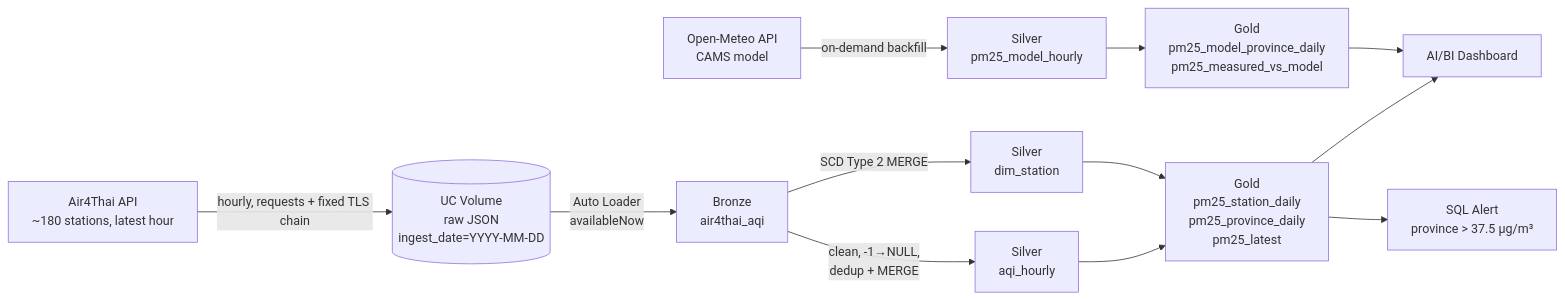
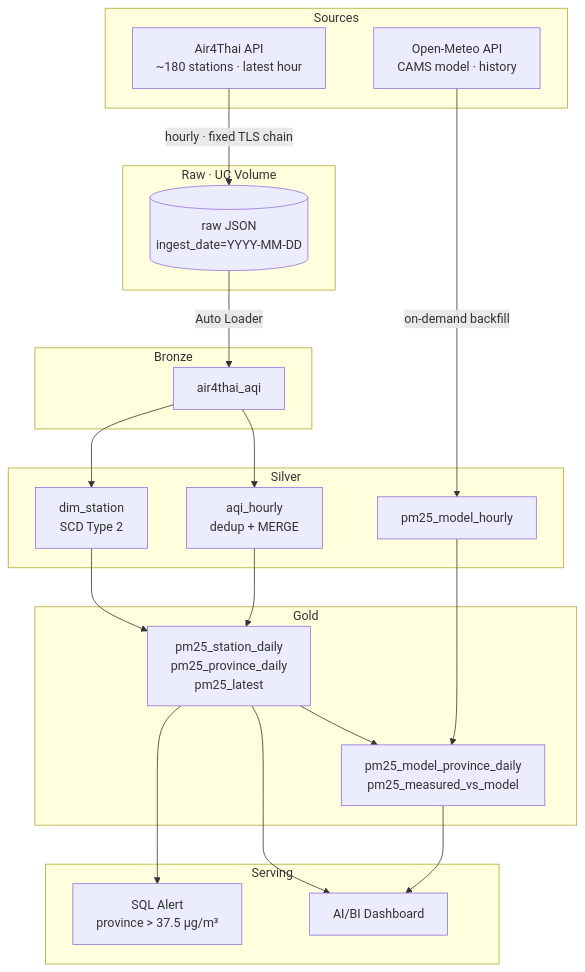
Before and after one commit to stampnapat/thai-air-quality-lakehouse: the diagram in README.md, drawn with Mermaid. The commit also changed other lines of this file, not shown here.

Commit message:
README: vertical architecture diagram, hide screenshots until images are added

````diff
--- a/README.md
+++ b/README.md
@@ -15,14 +17,38 @@
 ```mermaid
-flowchart LR
-    A[Air4Thai API<br/>~180 stations, latest hour] -->|hourly, requests + fixed TLS chain| B[(UC Volume<br/>raw JSON<br/>ingest_date=YYYY-MM-DD)]
-    B -->|Auto Loader<br/>availableNow| C[Bronze<br/>air4thai_aqi]
-    C -->|clean, -1→NULL,<br/>dedup + MERGE| D[Silver<br/>aqi_hourly]
-    C -->|SCD Type 2 MERGE| E[Silver<br/>dim_station]
-    D --> F[Gold<br/>pm25_station_daily<br/>pm25_province_daily<br/>pm25_latest]
+flowchart TB
+    subgraph SRC[Sources]
+        A[Air4Thai API<br/>~180 stations · latest hour]
+        O[Open-Meteo API<br/>CAMS model · history]
+    end
+    subgraph RAW[Raw · UC Volume]
+        B[(raw JSON<br/>ingest_date=YYYY-MM-DD)]
+    end
+    subgraph BRZ[Bronze]
+        C[air4thai_aqi]
+    end
+    subgraph SLV[Silver]
+        D[aqi_hourly<br/>dedup + MERGE]
+        E[dim_station<br/>SCD Type 2]
+        M[pm25_model_hourly]
+    end
+    subgraph GLD[Gold]
+        F[pm25_station_daily<br/>pm25_province_daily<br/>pm25_latest]
+        G[pm25_model_province_daily<br/>pm25_measured_vs_model]
+    end
+    subgraph SRV[Serving]
+        H[AI/BI Dashboard]
+        I[SQL Alert<br/>province &gt; 37.5 µg/m³]
+    end
+    A -->|hourly · fixed TLS chain| B
+    B -->|Auto Loader| C
+    C --> D
+    C --> E
+    O -->|on-demand backfill| M
+    D --> F
     E --> F
-    O[Open-Meteo API<br/>CAMS model] -->|on-demand backfill| M[Silver<br/>pm25_model_hourly]
-    M --> G[Gold<br/>pm25_model_province_daily<br/>pm25_measured_vs_model]
-    F --> H[AI/BI Dashboard]
+    M --> G
+    F --> G
+    F --> H
     G --> H
-    F --> I[SQL Alert<br/>province > 37.5 µg/m³]
+    F --> I
 ```
````
